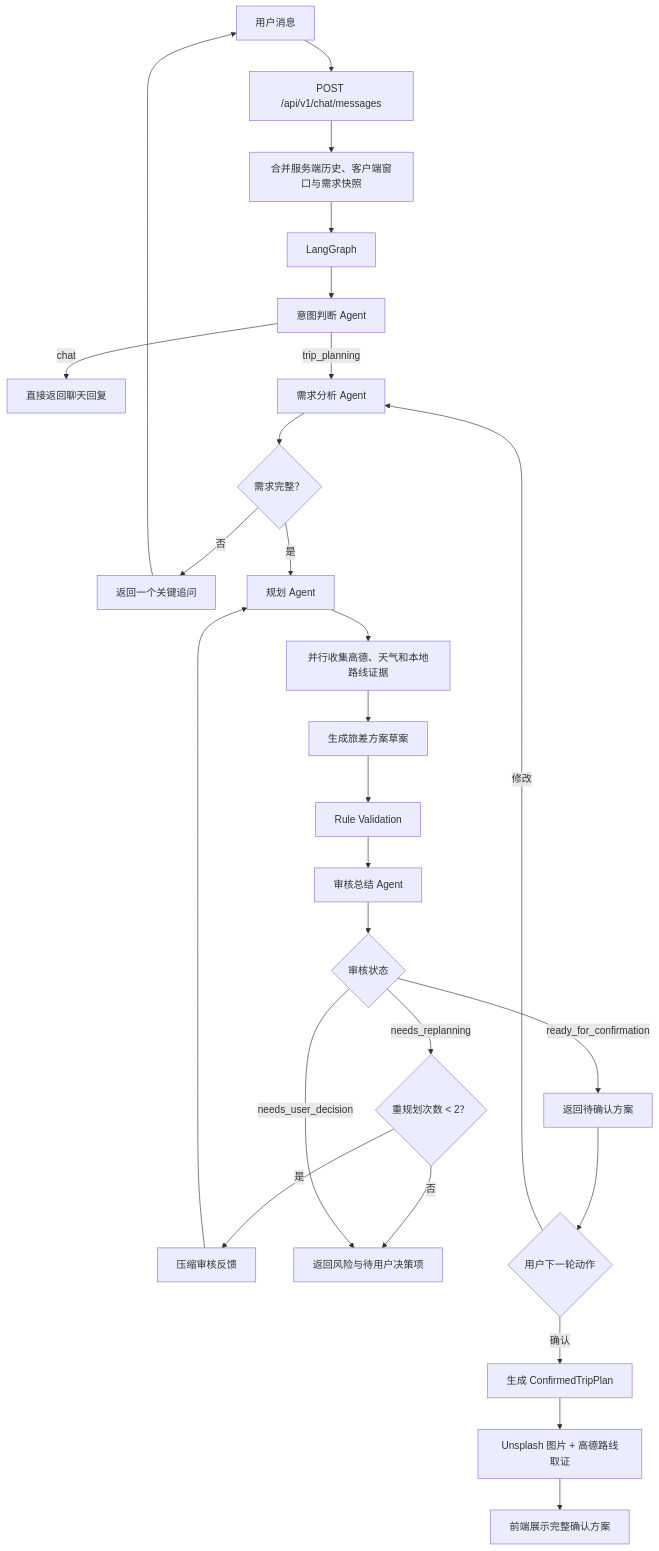
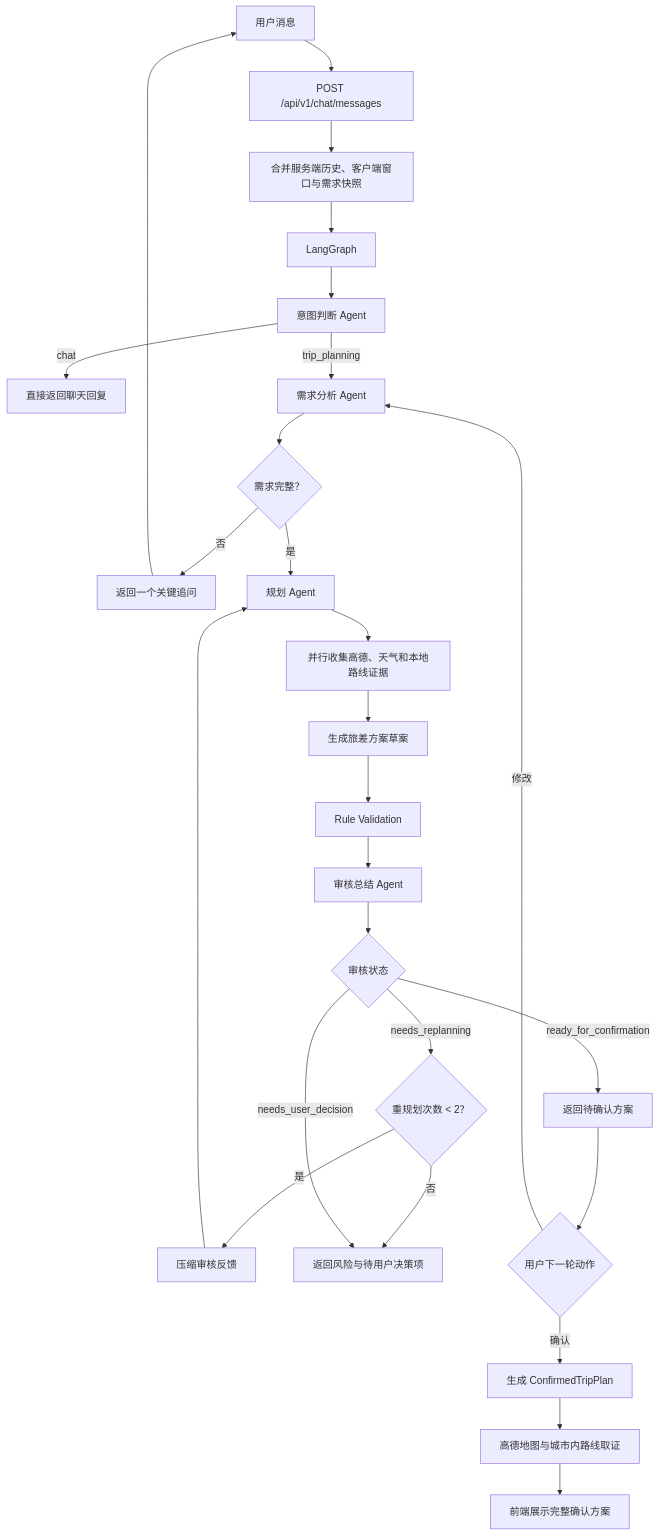
One commit to GuLu37/TripWeave changed the first of 2 diagrams in README.md. Above: the diagram before and after it, drawn with Mermaid. The commit also changed other lines of this file and 38 other files, not shown here.

````diff
--- a/README.md
+++ b/README.md
@@ -25,29 +25,29 @@
 ```mermaid
 flowchart TD
     A["用户消息"] --> B["POST /api/v1/chat/messages"]
     B --> C["合并服务端历史、客户端窗口与需求快照"]
     C --> D["LangGraph"]
     D --> E["意图判断 Agent"]
     E -- "chat" --> F["直接返回聊天回复"]
     E -- "trip_planning" --> G["需求分析 Agent"]
     G --> H{"需求完整？"}
     H -- "否" --> I["返回一个关键追问"]
     I --> A
     H -- "是" --> J["规划 Agent"]
     J --> K["并行收集高德、天气和本地路线证据"]
     K --> L["生成旅差方案草案"]
     L --> M["Rule Validation"]
     M --> N["审核总结 Agent"]
     N --> O{"审核状态"}
     O -- "ready_for_confirmation" --> P["返回待确认方案"]
     O -- "needs_replanning" --> Q{"重规划次数 < 2？"}
     Q -- "是" --> R["压缩审核反馈"]
     R --> J
     Q -- "否" --> S["返回风险与待用户决策项"]
     O -- "needs_user_decision" --> S
     P --> T{"用户下一轮动作"}
     T -- "修改" --> G
     T -- "确认" --> U["生成 ConfirmedTripPlan"]
-    U --> V["Unsplash 图片 + 高德路线取证"]
+    U --> V["高德地图与城市内路线取证"]
     V --> W["前端展示完整确认方案"]
 ```
````
